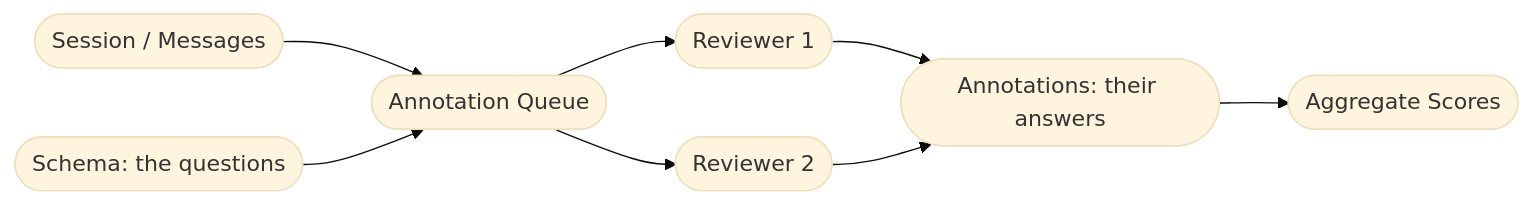
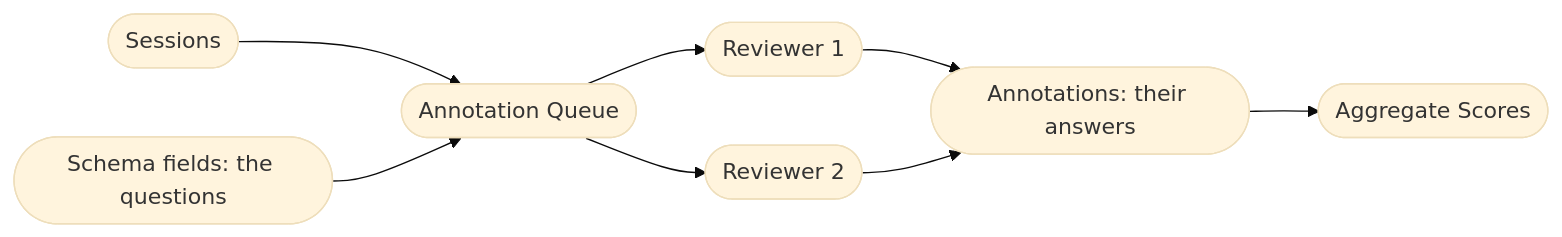
The diagram in docs/concepts/annotations/index.md (dimagi/open-chat-studio-docs), drawn with Mermaid (base theme) before and after one commit. The commit also changed other lines of this file, not shown here.

Commit message:
Concept pg Clarity for new user. Consistent terminology (session, item, schema fields)

````diff
--- a/docs/concepts/annotations/index.md
+++ b/docs/concepts/annotations/index.md
@@ -28,10 +32,10 @@
 ```mermaid
 flowchart LR
-    sessions([Session / Messages]) --> queue([Annotation Queue])
-    schema([Schema: the questions]) --> queue
+    sessions([Sessions]) --> queue([Annotation Queue])
+    schema([Schema fields: the questions]) --> queue
     queue --> reviewer1([Reviewer 1])
     queue --> reviewer2([Reviewer 2])
     reviewer1 --> annotation([Annotations: their answers])
     reviewer2 --> annotation
     annotation --> aggregates([Aggregate Scores])
 ```
````
